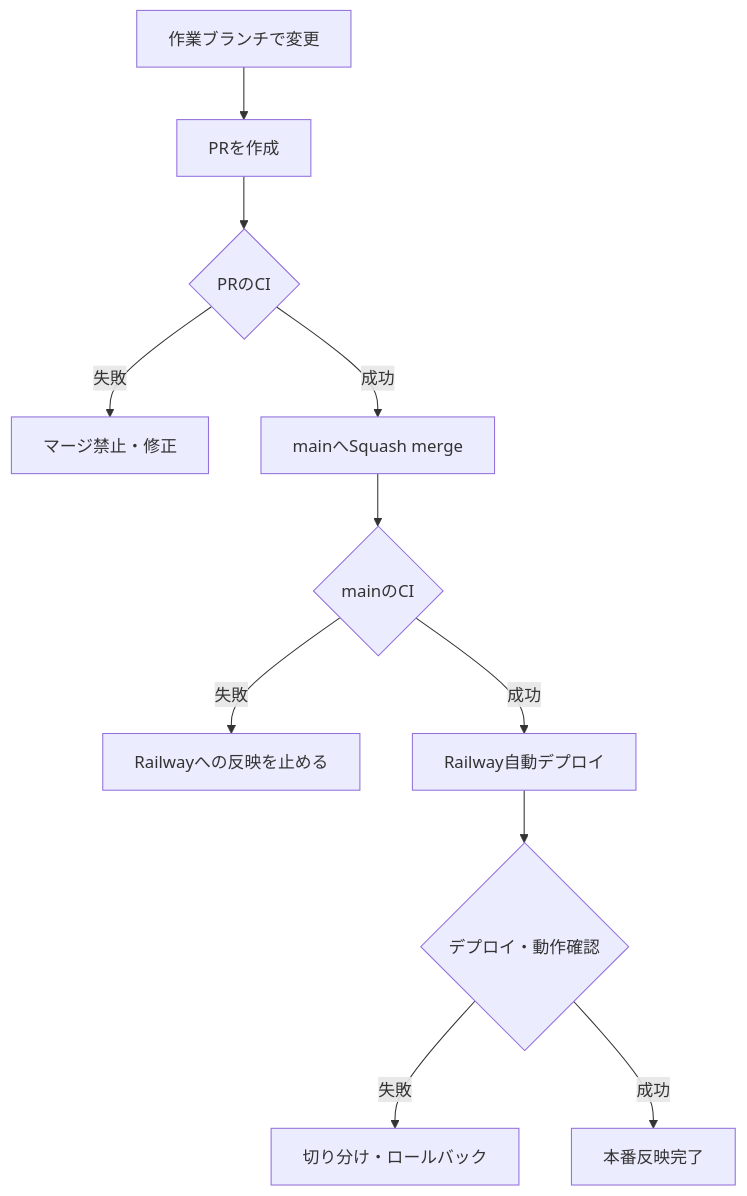
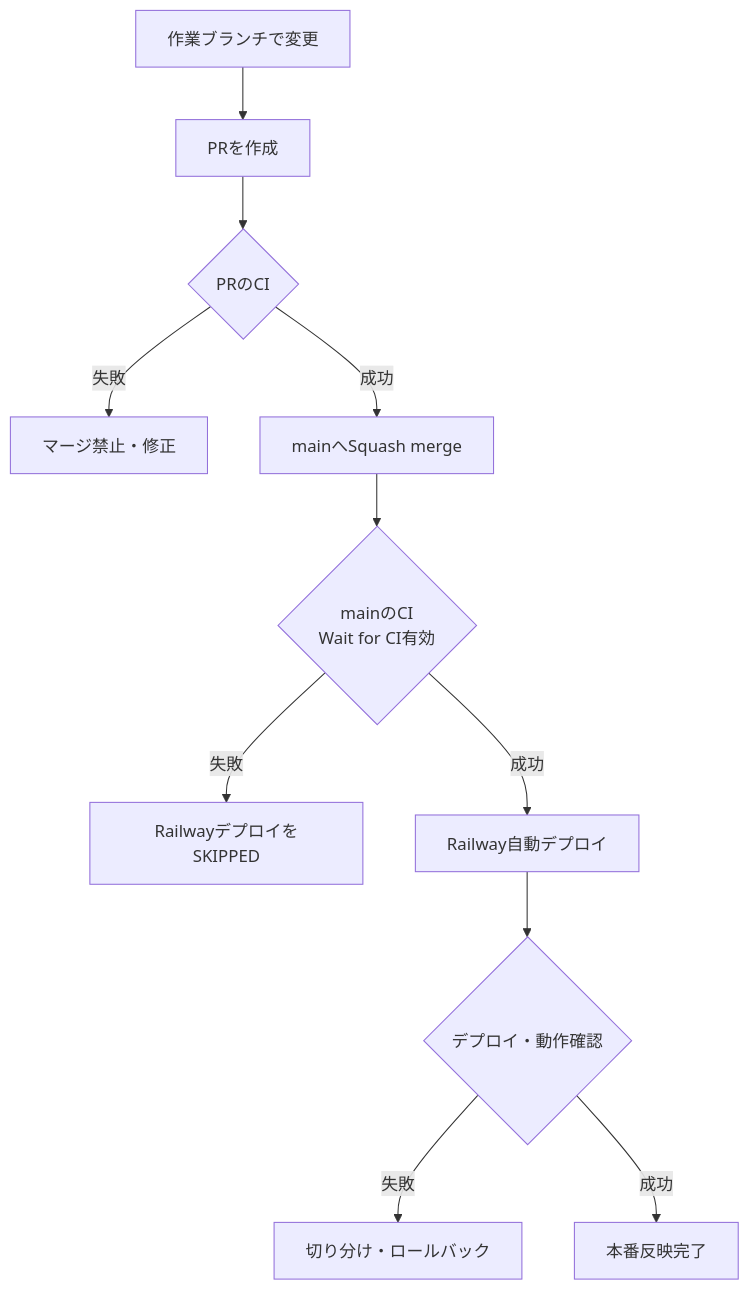
The diagram in 仕様書/CI-CD流れ図.md (claude-code-club/shokki-arai-support), drawn with Mermaid before and after one commit. The commit also changed other lines of this file, not shown here.

Commit message:
docs: Wait for CI有効化を反映しmainのCI失敗時の挙動を正確化
RailwayのWait for CIが実際にはOFFだったため、流れ図が
「mainのCI失敗→Railwayへの反映を止める」を保証していなかった。
本番でWait for CIを有効化した上で、文書と流れ図をその実態に合わせて修正。

````diff
--- a/仕様書/CI-CD流れ図.md
+++ b/仕様書/CI-CD流れ図.md
@@ -9,13 +9,13 @@
 ```mermaid
 flowchart TD
     A["作業ブランチで変更"] --> B["PRを作成"]
     B --> C{"PRのCI"}
     C -- 失敗 --> D["マージ禁止・修正"]
     C -- 成功 --> E["mainへSquash merge"]
-    E --> F{"mainのCI"}
-    F -- 失敗 --> G["Railwayへの反映を止める"]
+    E --> F{"mainのCI<br>Wait for CI有効"}
+    F -- 失敗 --> G["RailwayデプロイをSKIPPED"]
     F -- 成功 --> H["Railway自動デプロイ"]
     H --> I{"デプロイ・動作確認"}
     I -- 失敗 --> J["切り分け・ロールバック"]
     I -- 成功 --> K["本番反映完了"]
 ```
````
